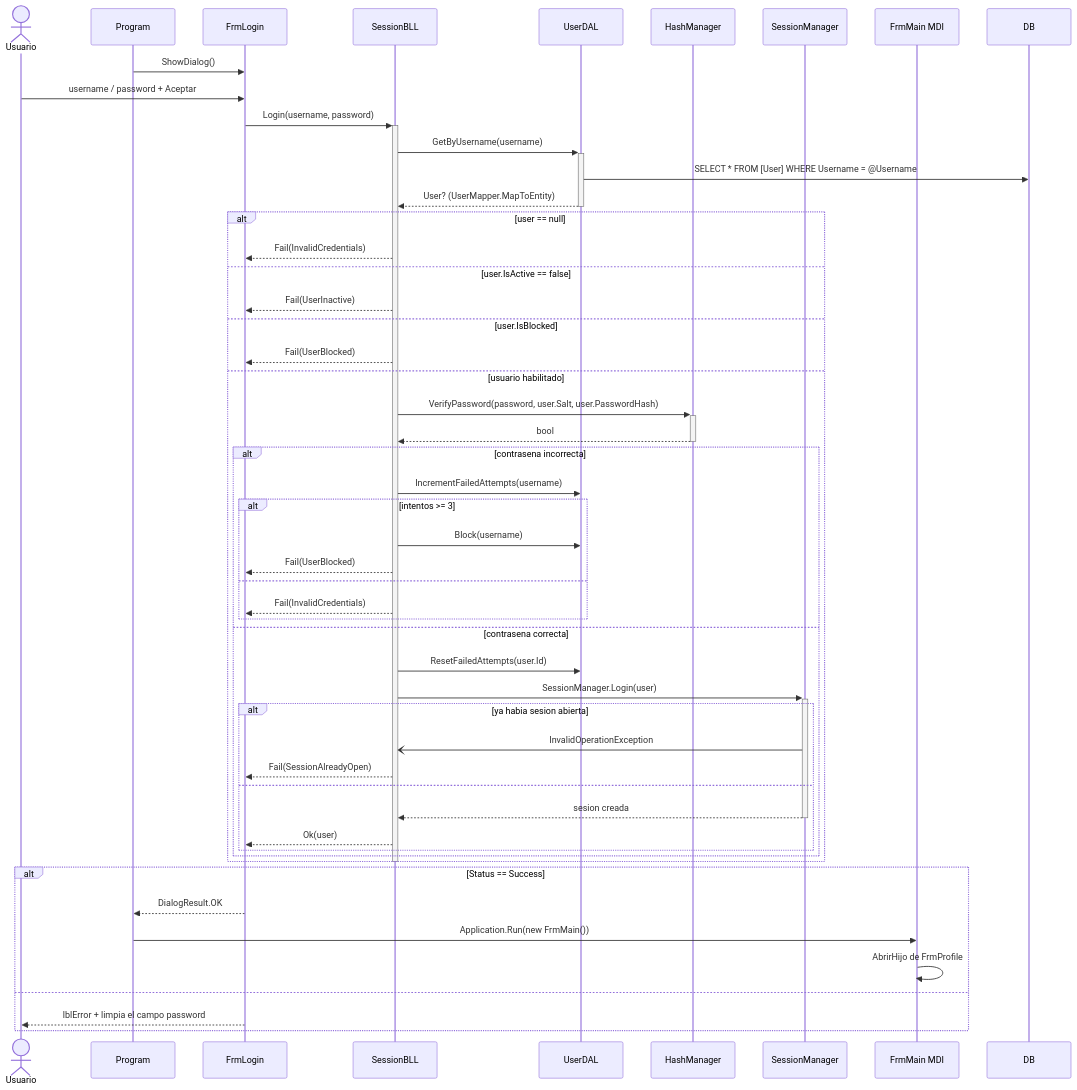
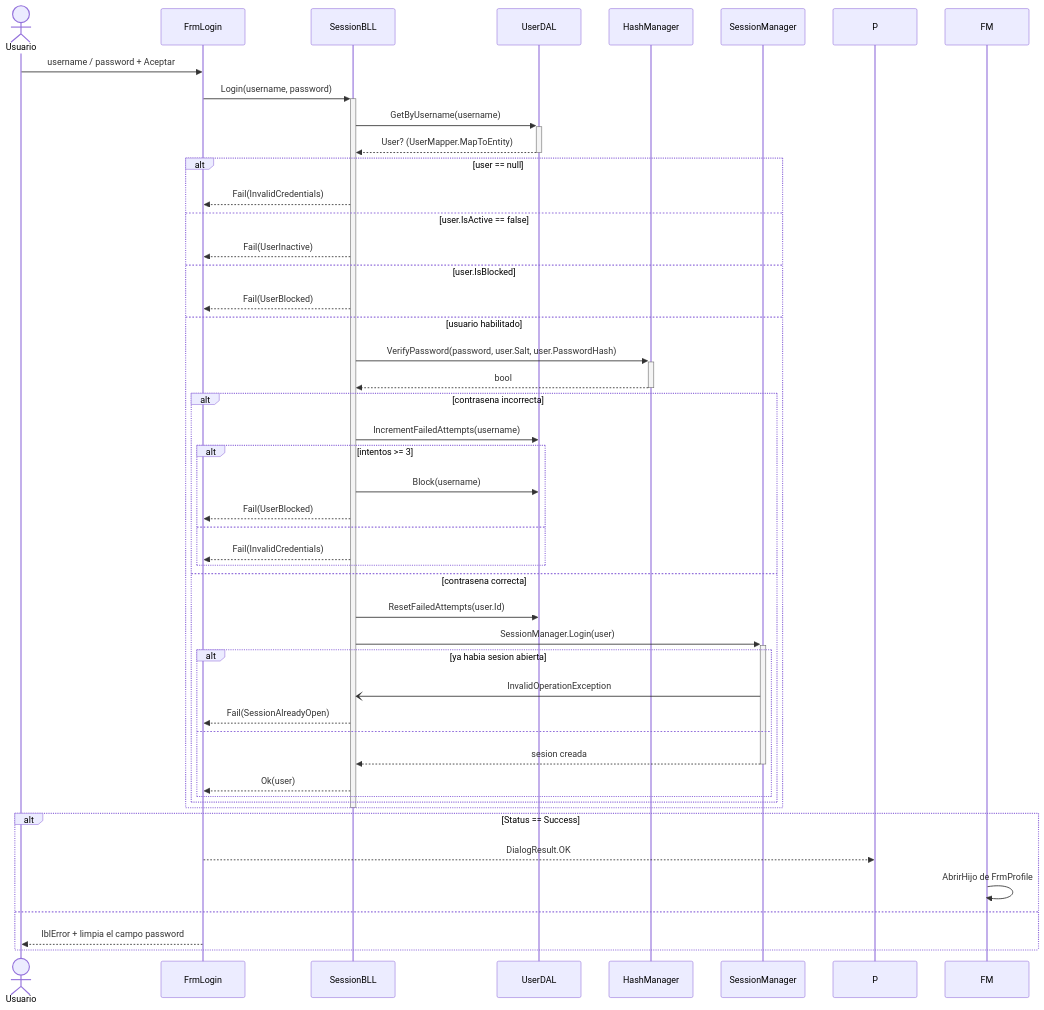
One commit to UAINahueLeandroDefeudi/uai-ing-soft changed the second of 4 diagrams in ingSoftWinForm/README.md. Above: the diagram before and after it, drawn with Mermaid.

Commit message:
Refactor sequence diagram in README.md
Removed unused participants and interactions from the sequence diagram in README.

````diff
--- a/ingSoftWinForm/README.md
+++ b/ingSoftWinForm/README.md
@@ -210,59 +210,54 @@
 ```mermaid
 sequenceDiagram
     actor U as Usuario
-    participant P as Program
     participant FL as FrmLogin
     participant BLL as SessionBLL
     participant DAL as UserDAL
     participant H as HashManager
     participant S as SessionManager
-    participant FM as FrmMain MDI
 
-    P->>FL: ShowDialog()
     U->>FL: username / password + Aceptar
     FL->>+BLL: Login(username, password)
 
     BLL->>+DAL: GetByUsername(username)
-    DAL->>DB: SELECT * FROM [User] WHERE Username = @Username
     DAL-->>-BLL: User? (UserMapper.MapToEntity)
 
     alt user == null
         BLL-->>FL: Fail(InvalidCredentials)
     else user.IsActive == false
         BLL-->>FL: Fail(UserInactive)
     else user.IsBlocked
         BLL-->>FL: Fail(UserBlocked)
     else usuario habilitado
         BLL->>+H: VerifyPassword(password, user.Salt, user.PasswordHash)
         H-->>-BLL: bool
 
         alt contrasena incorrecta
             BLL->>DAL: IncrementFailedAttempts(username)
             alt intentos >= 3
                 BLL->>DAL: Block(username)
                 BLL-->>FL: Fail(UserBlocked)
             else
                 BLL-->>FL: Fail(InvalidCredentials)
             end
         else contrasena correcta
             BLL->>DAL: ResetFailedAttempts(user.Id)
             BLL->>+S: SessionManager.Login(user)
             alt ya habia sesion abierta
                 S-)BLL: InvalidOperationException
                 BLL-->>FL: Fail(SessionAlreadyOpen)
             else
                 S-->>-BLL: sesion creada
                 BLL-->>FL: Ok(user)
             end
         end
     end
     deactivate BLL
 
     alt Status == Success
         FL-->>P: DialogResult.OK
-        P->>FM: Application.Run(new FrmMain())
         FM->>FM: AbrirHijo de FrmProfile
     else
         FL-->>U: lblError + limpia el campo password
     end
 ```
````
